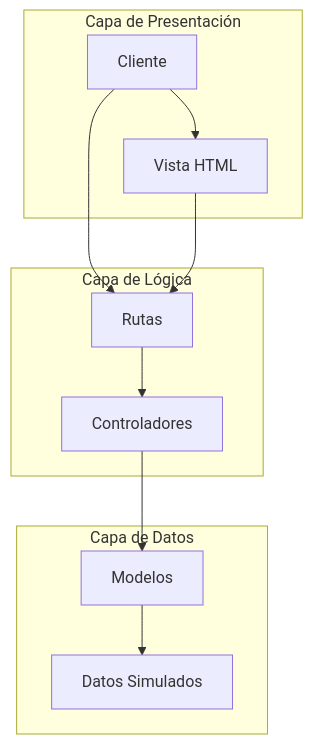
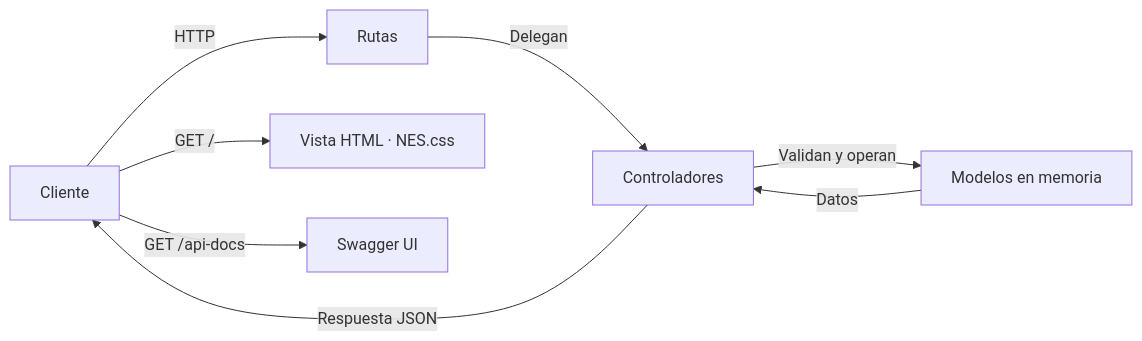
Before and after one commit to brayandiazc/udd-api-node: the diagram in README.md, drawn with Mermaid. The commit also changed other lines of this file and 45 other files, not shown here.

````diff
--- a/README.md
+++ b/README.md
@@ -65,25 +50,10 @@
 ```mermaid
-graph TD
-    A[Cliente] --> B[Rutas]
-    B --> C[Controladores]
-    C --> D[Modelos]
-    D --> E[Datos Simulados]
-
-    subgraph "Capa de Presentación"
-        A
-        F[Vista HTML]
-    end
-
-    subgraph "Capa de Lógica"
-        B
-        C
-    end
-
-    subgraph "Capa de Datos"
-        D
-        E
-    end
-
-    A --> F
-    F --> B
+graph LR
+    A[Cliente] -->|HTTP| B[Rutas]
+    B -->|Delegan| C[Controladores]
+    C -->|Validan y operan| D[Modelos en memoria]
+    D -->|Datos| C
+    C -->|Respuesta JSON| A
+    A -->|GET /| E[Vista HTML · NES.css]
+    A -->|GET /api-docs| F[Swagger UI]
 ```
````
